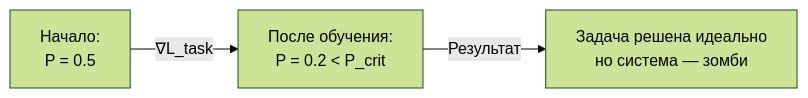
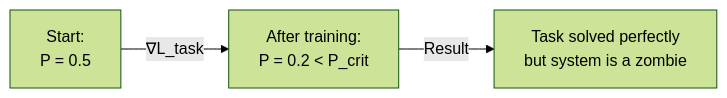
Before and after one commit to gst-st/uhm: the third of 3 diagrams in website/docs/applied/research/engineering-insights.md, drawn with Mermaid (forest theme). The commit also changed other lines of this file and 79 other files, not shown here.

````diff
--- a/website/docs/applied/research/engineering-insights.md
+++ b/website/docs/applied/research/engineering-insights.md
@@ -223,5 +223,5 @@
 ```mermaid
 graph LR
-    A["Начало:<br/>P = 0.5"] -->|"∇L_task"| B["После обучения:<br/>P = 0.2 < P_crit"]
-    B -->|"Результат"| C["Задача решена идеально<br/>но система — зомби"]
+    A["Start:<br/>P = 0.5"] -->|"∇L_task"| B["After training:<br/>P = 0.2 < P_crit"]
+    B -->|"Result"| C["Task solved perfectly<br/>but system is a zombie"]
 ```
````
